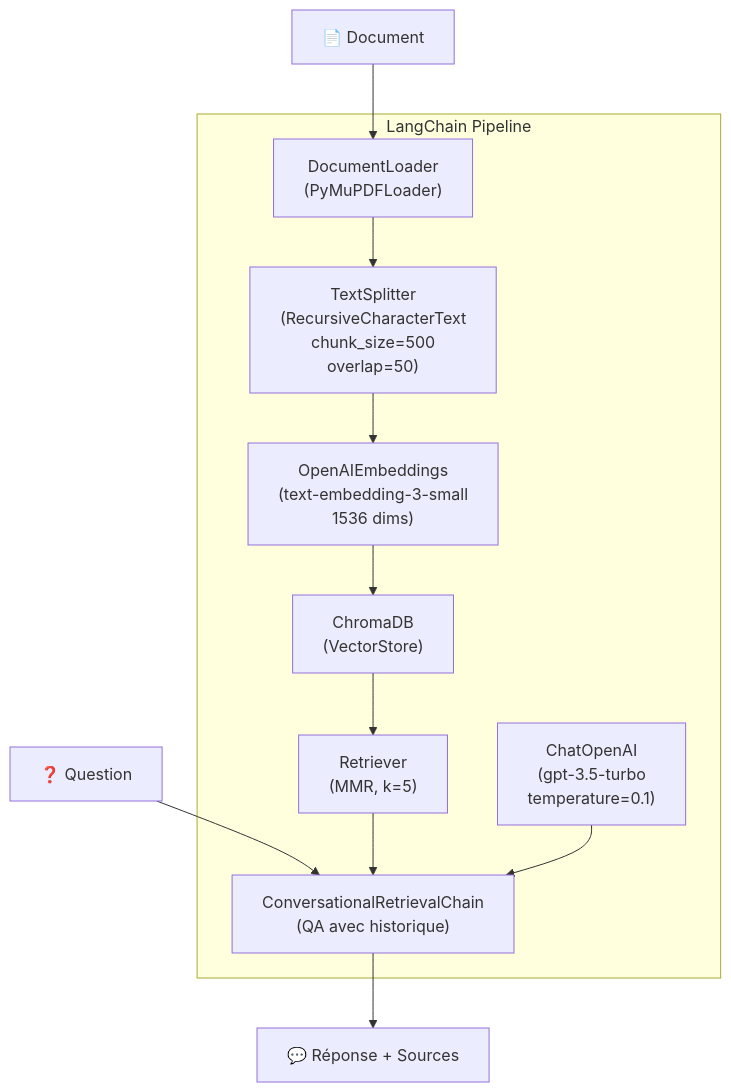
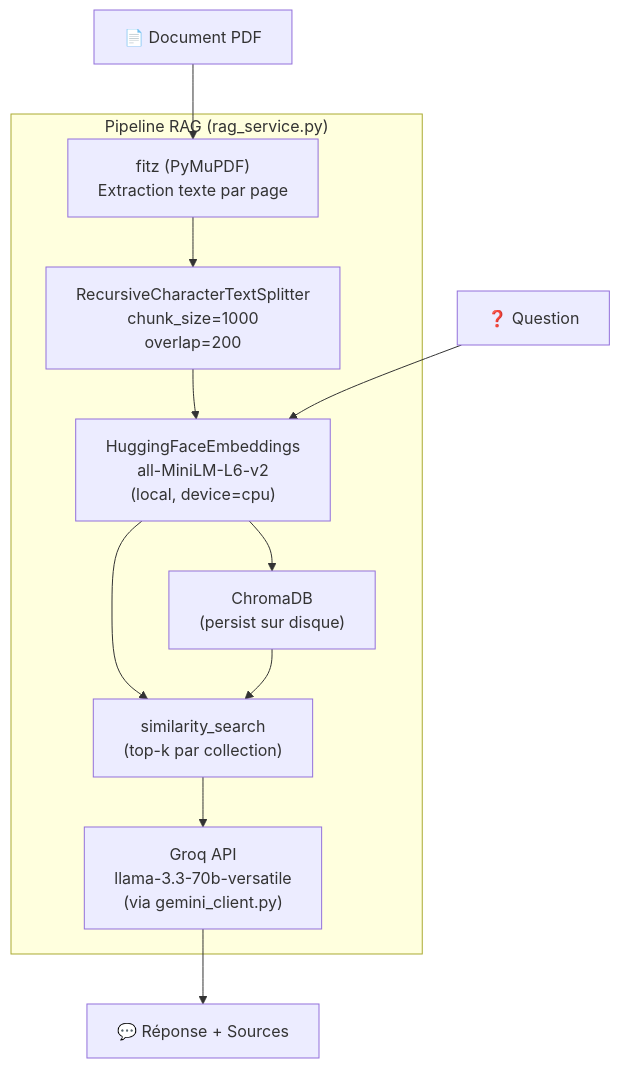
The seventh of 7 diagrams in docs/Conception_Flux_RAG_Chatbot.md (Jkacem/smart_focus), drawn with Mermaid before and after one commit. The commit also changed other lines of this file and 93 other files, not shown here.

````diff
--- a/docs/Conception_Flux_RAG_Chatbot.md
+++ b/docs/Conception_Flux_RAG_Chatbot.md
@@ -191,19 +202,18 @@
 ```mermaid
 graph TB
-    subgraph LC["LangChain Pipeline"]
-        LOADER["DocumentLoader\n(PyMuPDFLoader)"]
-        SPLITTER["TextSplitter\n(RecursiveCharacterText\nchunk_size=500\noverlap=50)"]
-        EMBEDDINGS["OpenAIEmbeddings\n(text-embedding-3-small\n1536 dims)"]
-        VECTORSTORE["ChromaDB\n(VectorStore)"]
-        RETRIEVER["Retriever\n(MMR, k=5)"]
-        CHAIN["ConversationalRetrievalChain\n(QA avec historique)"]
-        LLM_MODEL["ChatOpenAI\n(gpt-3.5-turbo\ntemperature=0.1)"]
+    subgraph LC["Pipeline RAG (rag_service.py)"]
+        LOADER["fitz (PyMuPDF)\nExtraction texte par page"]
+        SPLITTER["RecursiveCharacterTextSplitter\nchunk_size=1000\noverlap=200"]
+        EMBEDDINGS["HuggingFaceEmbeddings\nall-MiniLM-L6-v2\n(local, device=cpu)"]
+        VECTORSTORE["ChromaDB\n(persist sur disque)"]
+        RETRIEVER["similarity_search\n(top-k par collection)"]
+        LLM_MODEL["Groq API\nllama-3.3-70b-versatile\n(via gemini_client.py)"]
     end
 
-    INPUT_DOC["📄 Document"] --> LOADER --> SPLITTER --> EMBEDDINGS --> VECTORSTORE
-    INPUT_Q["❓ Question"] --> CHAIN
-    RETRIEVER --> CHAIN
-    LLM_MODEL --> CHAIN
+    INPUT_DOC["📄 Document PDF"] --> LOADER --> SPLITTER --> EMBEDDINGS --> VECTORSTORE
+    INPUT_Q["❓ Question"] --> EMBEDDINGS
+    EMBEDDINGS --> RETRIEVER
+    RETRIEVER --> LLM_MODEL
     VECTORSTORE --> RETRIEVER
-    CHAIN --> OUTPUT["💬 Réponse + Sources"]
+    LLM_MODEL --> OUTPUT["💬 Réponse + Sources"]
 ```
````
